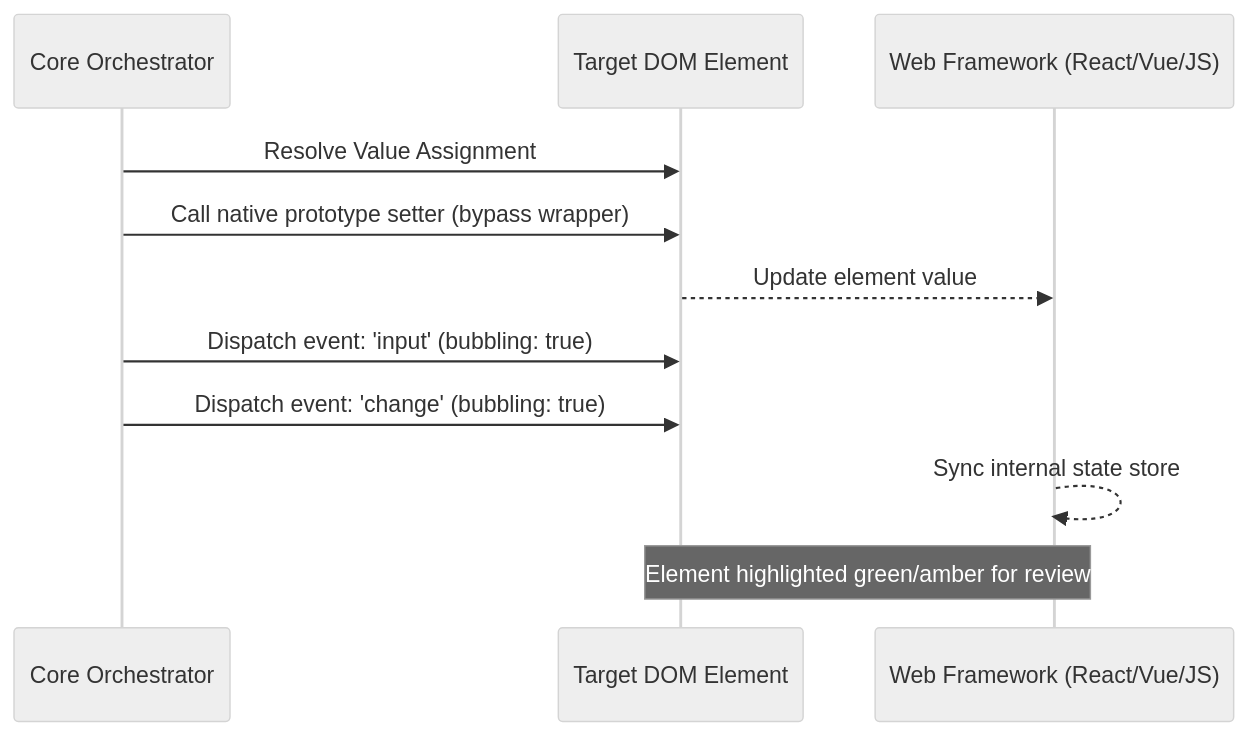
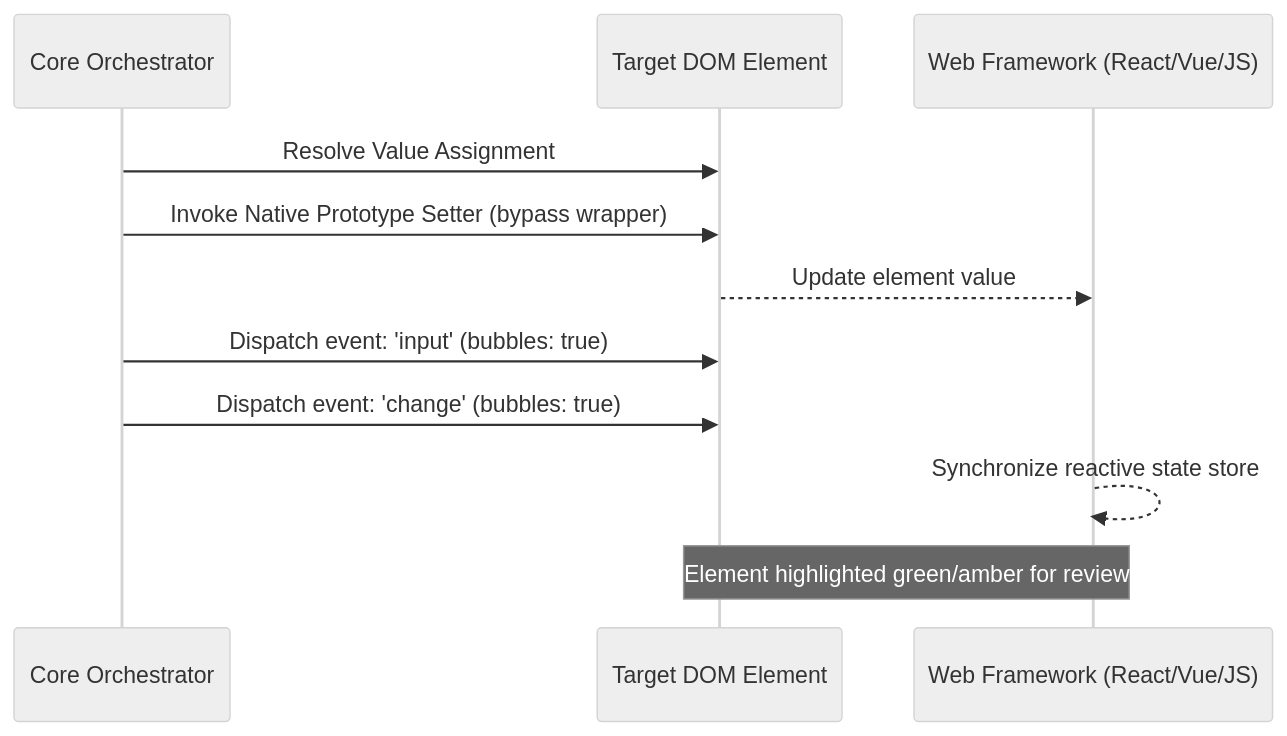
Before and after one commit to AhmadHassan-BTed/FormFilla: the third of 3 diagrams in README.md, drawn with Mermaid (neutral theme). The commit also changed other lines of this file, not shown here.

````diff
--- a/README.md
+++ b/README.md
@@ -65,14 +107,14 @@
 ```mermaid
 sequenceDiagram
     participant E as Core Orchestrator
     participant D as Target DOM Element
     participant F as Web Framework (React/Vue/JS)
 
     E->>D: Resolve Value Assignment
-    E->>D: Call native prototype setter (bypass wrapper)
+    E->>D: Invoke Native Prototype Setter (bypass wrapper)
     D-->>F: Update element value
-    E->>D: Dispatch event: 'input' (bubbling: true)
-    E->>D: Dispatch event: 'change' (bubbling: true)
-    F-->>F: Sync internal state store
+    E->>D: Dispatch event: 'input' (bubbles: true)
+    E->>D: Dispatch event: 'change' (bubbles: true)
+    F-->>F: Synchronize reactive state store
     Note over D,F: Element highlighted green/amber for review
 ```
````
